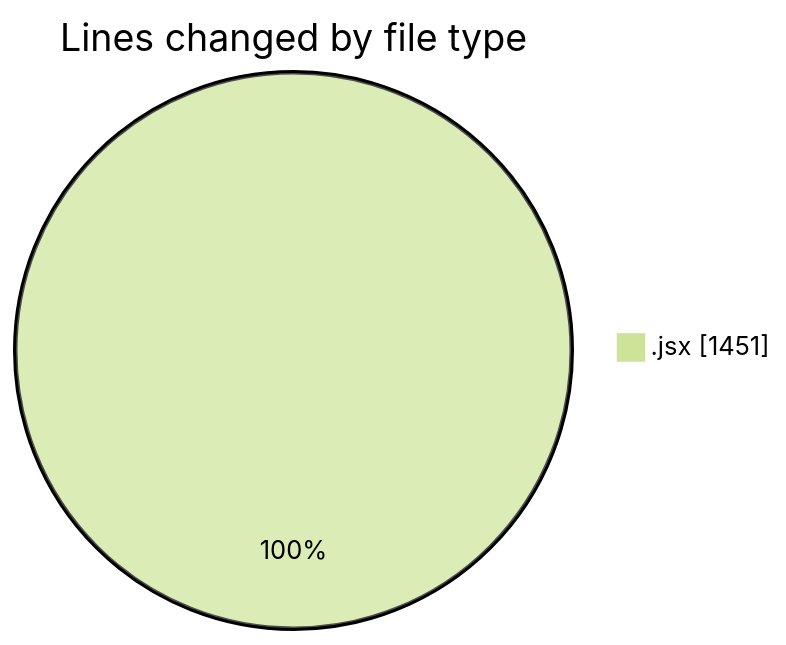
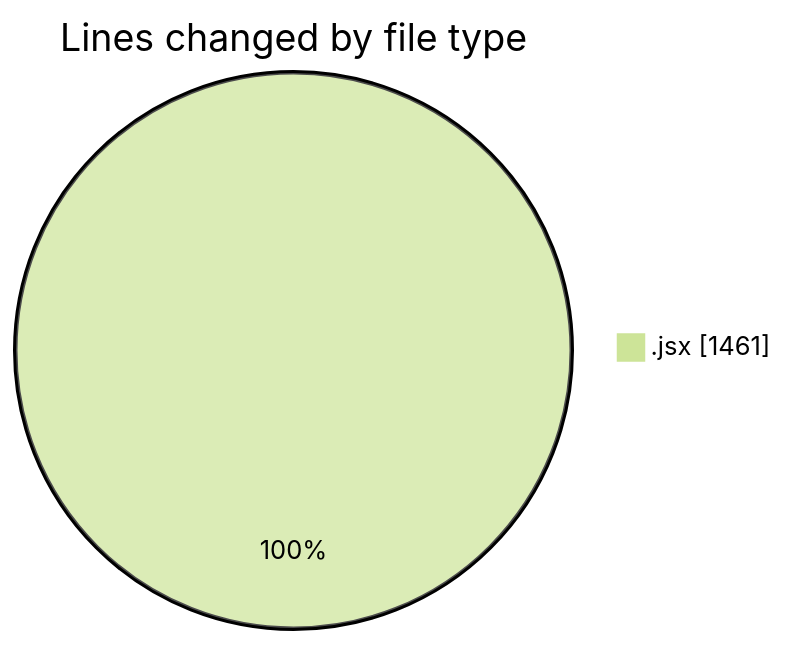
Before and after one commit to nxtqubesakshisongat/code-tracking: the first of 2 diagrams in 2025-08-22/nxtqube_webapp/README.md, drawn with Mermaid (forest theme). The commit also changed other lines of this file and 1 other file, not shown here.

````diff
--- a/2025-08-22/nxtqube_webapp/README.md
+++ b/2025-08-22/nxtqube_webapp/README.md
@@ -20,5 +20,5 @@
 ```mermaid
 pie showData
 title Lines changed by file type
-".jsx" : 1451
+".jsx" : 1461
 ```
````
